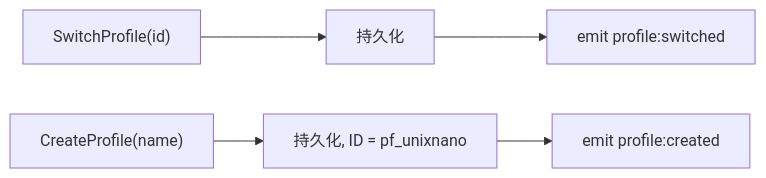
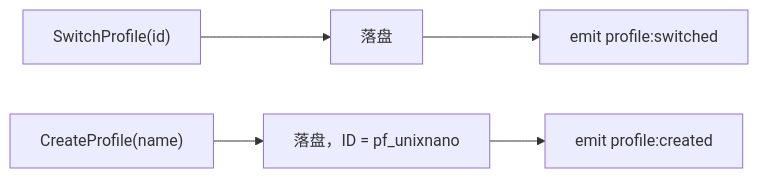
Before and after one commit to aDarkMaker/BiliLuckyDraw: the seventh of 7 diagrams in docs/architecture/data-flow.md, drawn with Mermaid. The commit also changed other lines of this file and 30 other files, not shown here.

````diff
--- a/docs/architecture/data-flow.md
+++ b/docs/architecture/data-flow.md
@@ -57,5 +105,5 @@
 ```mermaid
 flowchart LR
-    S["SwitchProfile(id)"] --> SP[持久化] --> SE["emit profile:switched"]
-    C["CreateProfile(name)"] --> CP["持久化, ID = pf_unixnano"] --> CE["emit profile:created"]
+    S["SwitchProfile(id)"] --> SP[落盘] --> SE["emit profile:switched"]
+    C["CreateProfile(name)"] --> CP["落盘，ID = pf_unixnano"] --> CE["emit profile:created"]
 ```
````
